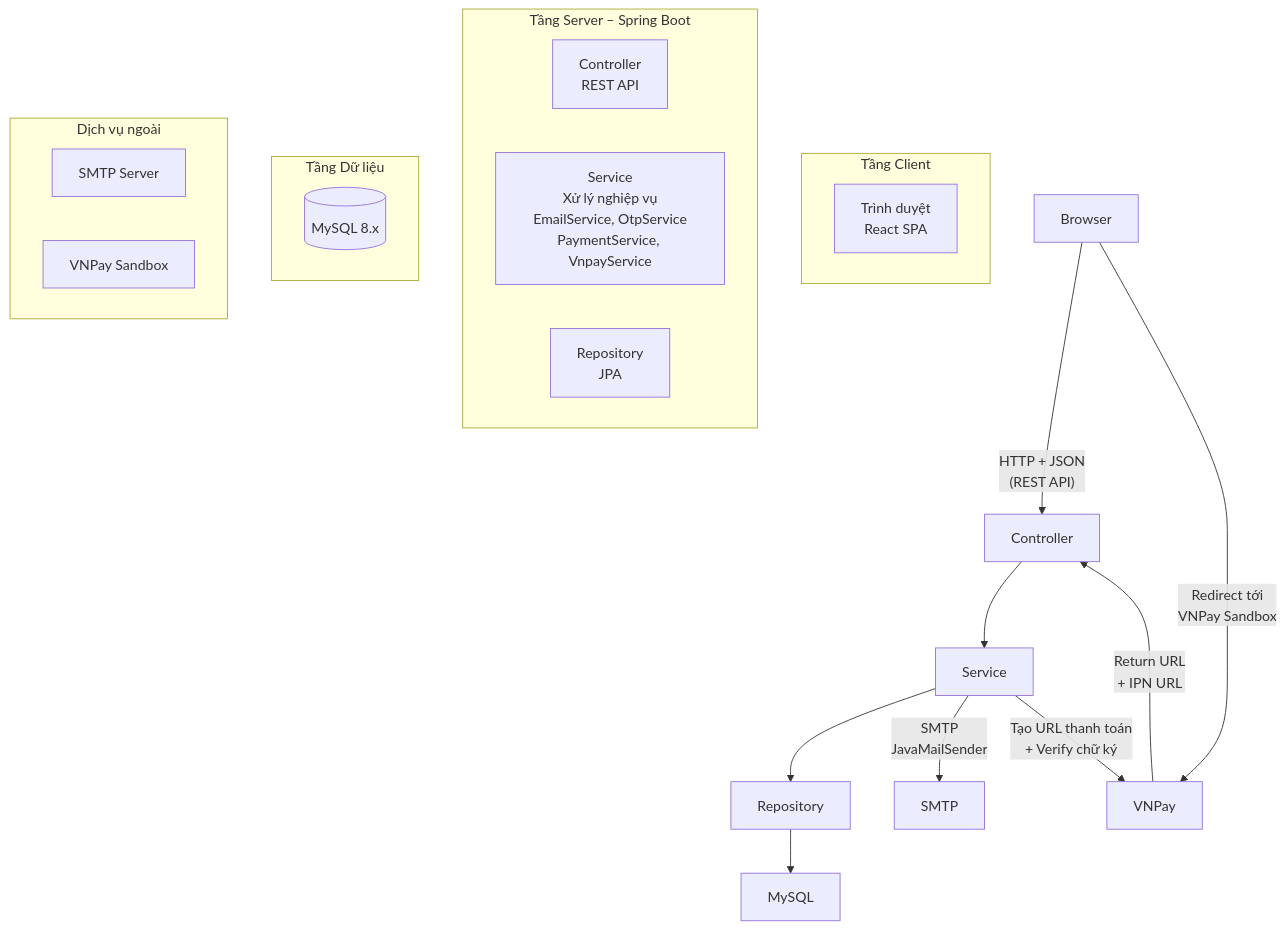
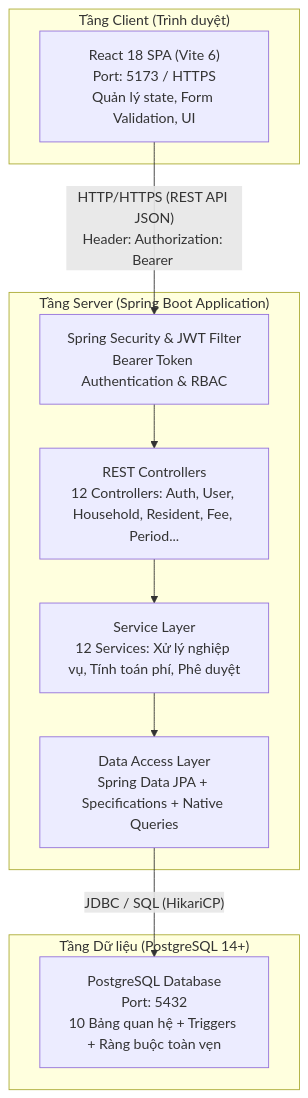
Before and after one commit to ngocminhpham182/IT3180-2026.1-SE_07: the first of 41 diagrams in Software_Design_Description.md, drawn with Mermaid. The commit also changed other lines of this file and 21 other files, not shown here.

````diff
--- a/Software_Design_Description.md
+++ b/Software_Design_Description.md
@@ -795,30 +430,23 @@
 ```mermaid
 graph TB
-    subgraph Client\\\[Tầng Client]
-        Browser\\\[Trình duyệt<br/>React SPA]
+    subgraph ClientLayer["Tầng Client (Trình duyệt)"]
+        Browser["React 18 SPA (Vite 6)<br/>Port: 5173 / HTTPS<br/>Quản lý state, Form Validation, UI"]
     end
 
-    subgraph Server\\\[Tầng Server – Spring Boot]
-        Controller\\\[Controller<br/>REST API]
-        Service\\\[Service<br/>Xử lý nghiệp vụ<br/>EmailService, OtpService<br/>PaymentService, VnpayService]
-        Repository\\\[Repository<br/>JPA]
+    subgraph ServerLayer["Tầng Server (Spring Boot Application)"]
+        Security["Spring Security & JWT Filter<br/>Bearer Token Authentication & RBAC"]
+        Controller["REST Controllers<br/>12 Controllers: Auth, User, Household, Resident, Fee, Period..."]
+        Service["Service Layer<br/>12 Services: Xử lý nghiệp vụ, Tính toán phí, Phê duyệt"]
+        Repository["Data Access Layer<br/>Spring Data JPA + Specifications + Native Queries"]
     end
 
-    subgraph DB\\\[Tầng Dữ liệu]
-        MySQL\\\[(MySQL 8.x)]
+    subgraph DataLayer["Tầng Dữ liệu (PostgreSQL 14+)"]
+        Postgres["PostgreSQL Database<br/>Port: 5432<br/>10 Bảng quan hệ + Triggers + Ràng buộc toàn vẹn"]
     end
 
-    subgraph External\\\[Dịch vụ ngoài]
-        SMTP\\\[SMTP Server]
-        VNPay\\\[VNPay Sandbox]
-    end
-
-    Browser -- "HTTP + JSON<br/>(REST API)" --> Controller
+    Browser -- "HTTP/HTTPS (REST API JSON)<br/>Header: Authorization: Bearer <token>" --> Security
+    Security --> Controller
     Controller --> Service
     Service --> Repository
-    Repository --> MySQL
-    Service -- "SMTP<br/>JavaMailSender" --> SMTP
-    Service -- "Tạo URL thanh toán<br/>+ Verify chữ ký" --> VNPay
-    VNPay -- "Return URL<br/>+ IPN URL" --> Controller
-    Browser -- "Redirect tới<br/>VNPay Sandbox" --> VNPay
+    Repository -- "JDBC / SQL (HikariCP)" --> Postgres
 ```
````
